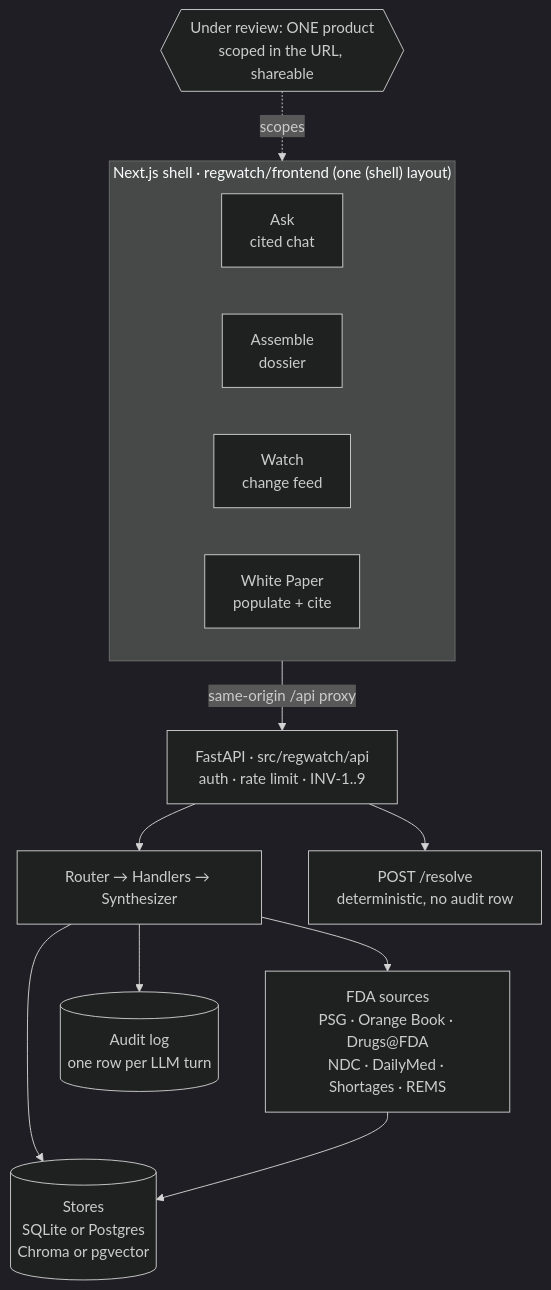
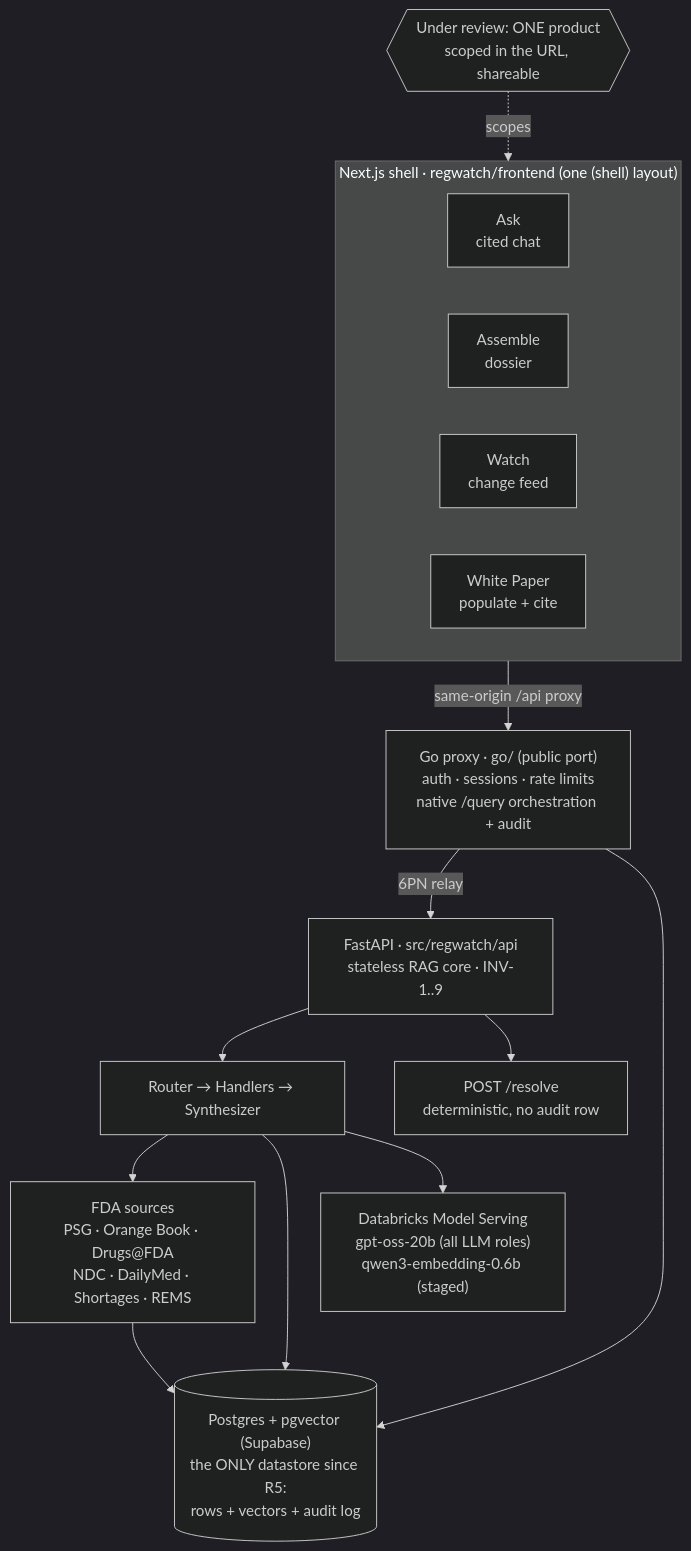
One commit to Hussain0327/amneal changed the diagram in docs/MAP.md. Above: the diagram before and after it, drawn with Mermaid (dark theme). The commit also changed other lines of this file and 18 other files, not shown here.

First line of the commit message:
docs: full refresh to current state (Go edge, Databricks LLM, D1 guard, embedding staging)

````diff
--- a/docs/MAP.md
+++ b/docs/MAP.md
@@ -14,20 +14,22 @@
 ```mermaid
 flowchart TB
   subgraph UI["Next.js shell · regwatch/frontend (one (shell) layout)"]
     direction LR
     Ask["Ask<br/>cited chat"]
     Assemble["Assemble<br/>dossier"]
     Watch["Watch<br/>change feed"]
     WP["White Paper<br/>populate + cite"]
   end
   Scope{{"Under review: ONE product<br/>scoped in the URL, shareable"}}
   Scope -.scopes.-> UI
 
-  UI -->|"same-origin /api proxy"| API["FastAPI · src/regwatch/api<br/>auth · rate limit · INV-1..9"]
+  UI -->|"same-origin /api proxy"| EDGE["Go proxy · go/ (public port)<br/>auth · sessions · rate limits<br/>native /query orchestration + audit"]
+  EDGE -->|"6PN relay"| API["FastAPI · src/regwatch/api<br/>stateless RAG core · INV-1..9"]
   API --> Router["Router → Handlers → Synthesizer"]
   API --> Resolve["POST /resolve<br/>deterministic, no audit row"]
   Router --> Sources["FDA sources<br/>PSG · Orange Book · Drugs@FDA<br/>NDC · DailyMed · Shortages · REMS"]
-  Router --> Stores[("Stores<br/>SQLite or Postgres<br/>Chroma or pgvector")]
+  Router --> Stores[("Postgres + pgvector (Supabase)<br/>the ONLY datastore since R5:<br/>rows + vectors + audit log")]
+  EDGE --> Stores
   Sources --> Stores
-  Router --> Audit[("Audit log<br/>one row per LLM turn")]
+  Router --> DBX["Databricks Model Serving<br/>gpt-oss-20b (all LLM roles)<br/>qwen3-embedding-0.6b (staged)"]
 ```
````
